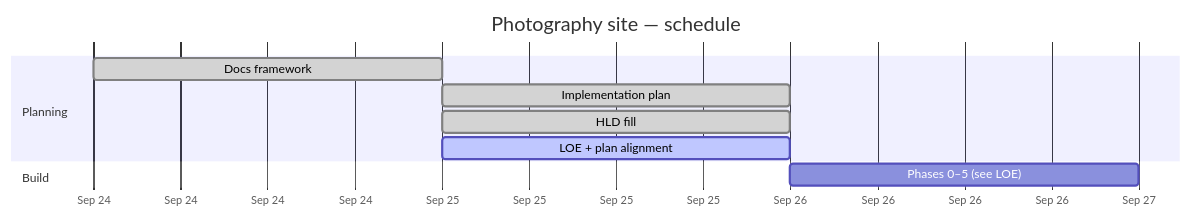
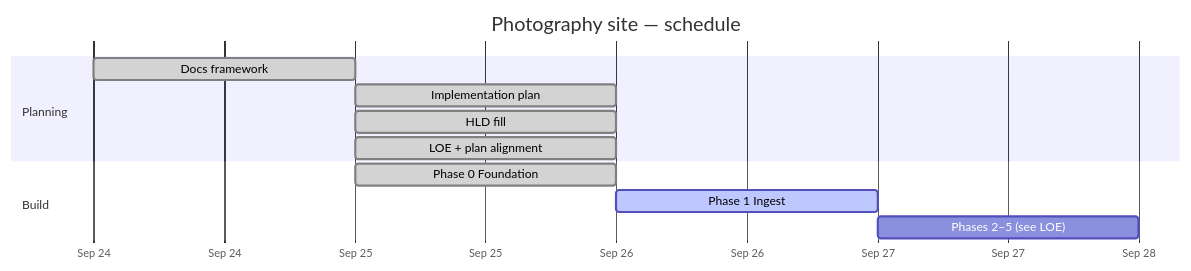
The diagram in docs/PROGRESS.md (cjlawson02/photography), drawn with Mermaid before and after one commit. The commit also changed other lines of this file and 26 other files, not shown here.

First line of the commit message:
Phase 1 ingest redo: DAO-backed presign/complete/reprocess (#7)

````diff
--- a/docs/PROGRESS.md
+++ b/docs/PROGRESS.md
@@ -19,15 +20,17 @@
 ```mermaid
 gantt
   title Photography site — schedule
   dateFormat YYYY-MM-DD
   axisFormat %b %d
 
   section Planning
   Docs framework            :done,    docs, 2026-09-24, 1d
   Implementation plan       :done,    impl, 2026-09-25, 1d
   HLD fill                  :done,    hld,  2026-09-25, 1d
-  LOE + plan alignment      :active,  loe,  2026-09-25, 1d
+  LOE + plan alignment      :done,    loe,  2026-09-25, 1d
 
   section Build
-  Phases 0–5 (see LOE)      :         build, after loe, 1d
+  Phase 0 Foundation        :done,    p0, 2026-09-25, 1d
+  Phase 1 Ingest            :active,  p1, after p0, 1d
+  Phases 2–5 (see LOE)      :         later, after p1, 1d
 ```
````
